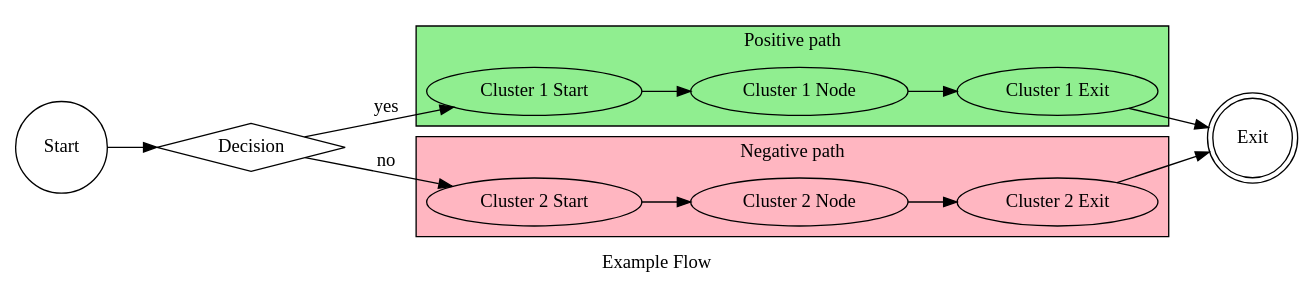
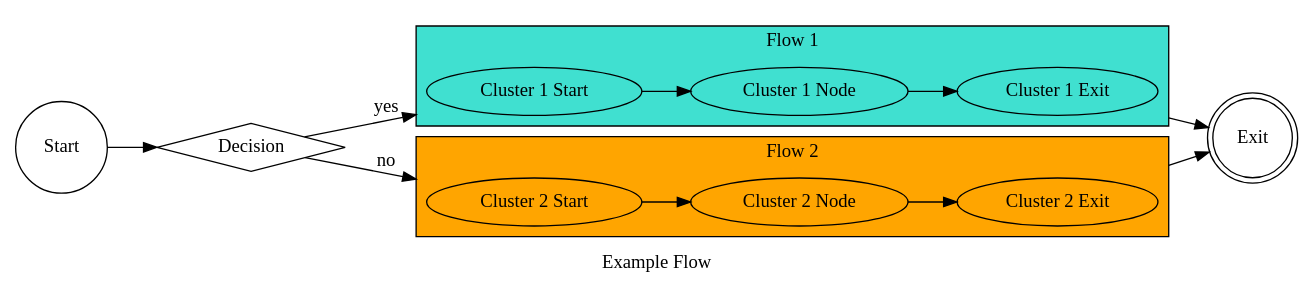
The fourth of 8 diagrams in README.md (mariusz-schimke/GiGraph), drawn with Graphviz before and after one commit. The commit also changed other lines of this file and 2 other files, not shown here.

````diff
--- a/README.md
+++ b/README.md
@@ -369,33 +378,34 @@
 ```dot
 digraph
 {
+    compound = true
     label = "Example Flow"
     rankdir = LR
 
-    subgraph "cluster Positive path"
+    subgraph "cluster Flow 1"
     {
-        bgcolor = "#90ee90ff"
-        label = "Positive path"
+        bgcolor = turquoise
+        label = "Flow 1"
 
         "Cluster 1 Start" -> "Cluster 1 Node" -> "Cluster 1 Exit"
     }
 
-    subgraph "cluster Negative path"
+    subgraph "cluster Flow 2"
     {
-        label = "Negative path"
-        bgcolor = "#ffb6c1ff"
+        bgcolor = orange
+        label = "Flow 2"
 
         "Cluster 2 Start" -> "Cluster 2 Node" -> "Cluster 2 Exit"
     }
 
     Start [ shape = circle ]
     Decision [ shape = diamond ]
     Exit [ shape = doublecircle ]
 
     Start -> Decision
-    Decision -> "Cluster 1 Start" [ label = yes ]
-    Decision -> "Cluster 2 Start" [ label = no ]
-    "Cluster 1 Exit" -> Exit
-    "Cluster 2 Exit" -> Exit
+    Decision -> "Cluster 1 Start" [ label = yes, lhead = "cluster Flow 1" ]
+    Decision -> "Cluster 2 Start" [ label = no, lhead = "cluster Flow 2" ]
+    "Cluster 1 Exit" -> Exit [ ltail = "cluster Flow 1" ]
+    "Cluster 2 Exit" -> Exit [ ltail = "cluster Flow 2" ]
 }
 ```
````
